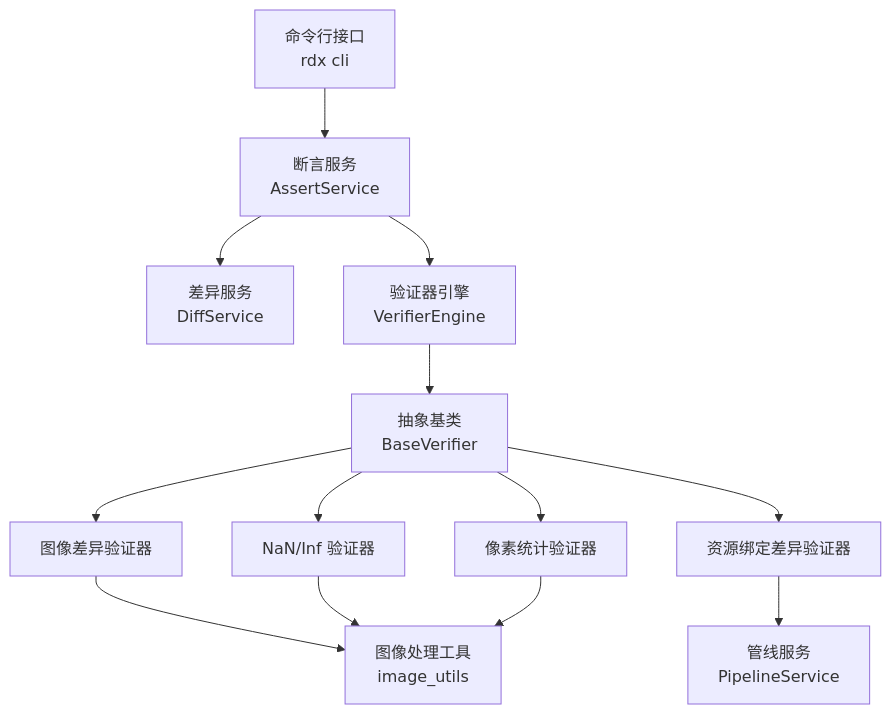
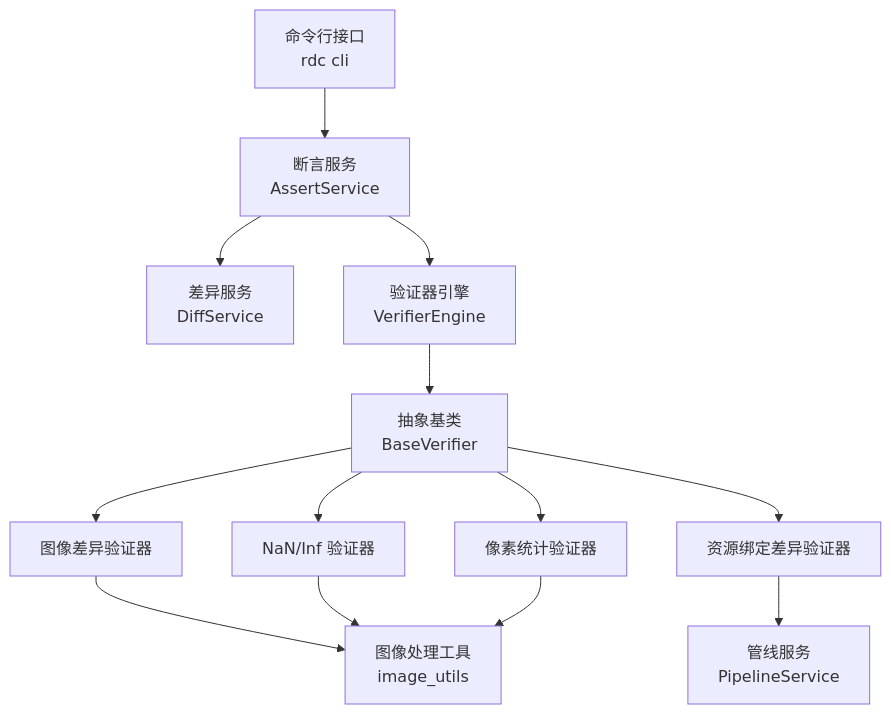
The first of 7 diagrams in .qoder/repowiki/zh/content/核心服务/断言服务.md (haolange/RDC-Tool), drawn with Mermaid before and after one commit. The commit also changed other lines of this file and 388 other files, not shown here.

````diff
--- a/.qoder/repowiki/zh/content/核心服务/断言服务.md
+++ b/.qoder/repowiki/zh/content/核心服务/断言服务.md
@@ -45,15 +45,15 @@
 ```mermaid
 graph TB
-CLI["命令行接口<br/>rdx cli"] --> AssertService["断言服务<br/>AssertService"]
+CLI["命令行接口<br/>rdc cli"] --> AssertService["断言服务<br/>AssertService"]
 AssertService --> DiffService["差异服务<br/>DiffService"]
 AssertService --> VerifierEngine["验证器引擎<br/>VerifierEngine"]
 VerifierEngine --> BaseVerifier["抽象基类<br/>BaseVerifier"]
 BaseVerifier --> NaNInf["NaN/Inf 验证器"]
 BaseVerifier --> ImageDiff["图像差异验证器"]
 BaseVerifier --> PixelStats["像素统计验证器"]
 BaseVerifier --> BindingDiff["资源绑定差异验证器"]
 BindingDiff --> PipelineService["管线服务<br/>PipelineService"]
 ImageDiff --> ImageUtils["图像处理工具<br/>image_utils"]
 NaNInf --> ImageUtils
 PixelStats --> ImageUtils
 ```
````
